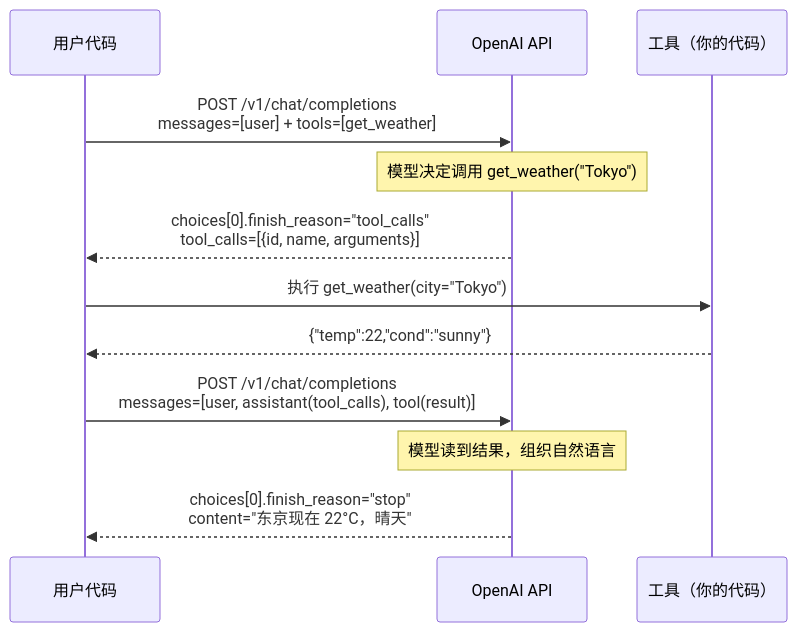
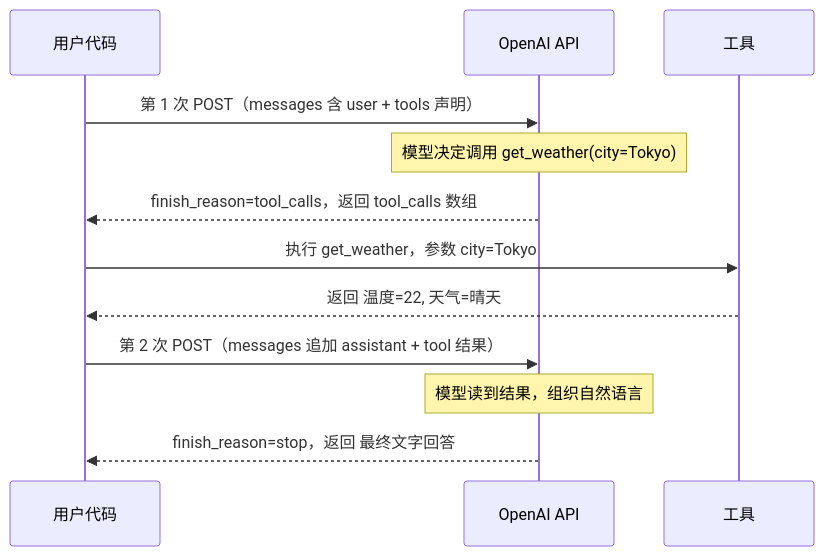
One commit to baxiang/hello-agent changed the diagram in docs/openai-api/04-function-calling.md. Above: the diagram before and after it, drawn with Mermaid.

Commit message:
docs(openai-api): 修复 Function Calling mermaid 图渲染错误
mermaid 11.15 对消息文本里的 [] {} <br/> 和全角括号解析失败。
重写为纯文本安全语法（用顿号/等号，去掉方括号花括号尖括号）。

````diff
--- a/docs/openai-api/04-function-calling.md
+++ b/docs/openai-api/04-function-calling.md
@@ -33,15 +33,15 @@
 ```mermaid
 sequenceDiagram
     participant U as 用户代码
     participant API as OpenAI API
-    participant T as 工具（你的代码）
+    participant T as 工具
 
-    U->>API: POST /v1/chat/completions<br/>messages=[user] + tools=[get_weather]
-    Note over API: 模型决定调用 get_weather("Tokyo")
-    API-->>U: choices[0].finish_reason="tool_calls"<br/>tool_calls=[{id, name, arguments}]
-    U->>T: 执行 get_weather(city="Tokyo")
-    T-->>U: {"temp":22,"cond":"sunny"}
-    U->>API: POST /v1/chat/completions<br/>messages=[user, assistant(tool_calls), tool(result)]
+    U->>API: 第 1 次 POST（messages 含 user + tools 声明）
+    Note over API: 模型决定调用 get_weather(city=Tokyo)
+    API-->>U: finish_reason=tool_calls，返回 tool_calls 数组
+    U->>T: 执行 get_weather，参数 city=Tokyo
+    T-->>U: 返回 温度=22, 天气=晴天
+    U->>API: 第 2 次 POST（messages 追加 assistant + tool 结果）
     Note over API: 模型读到结果，组织自然语言
-    API-->>U: choices[0].finish_reason="stop"<br/>content="东京现在 22°C，晴天"
+    API-->>U: finish_reason=stop，返回 最终文字回答
 ```
````
